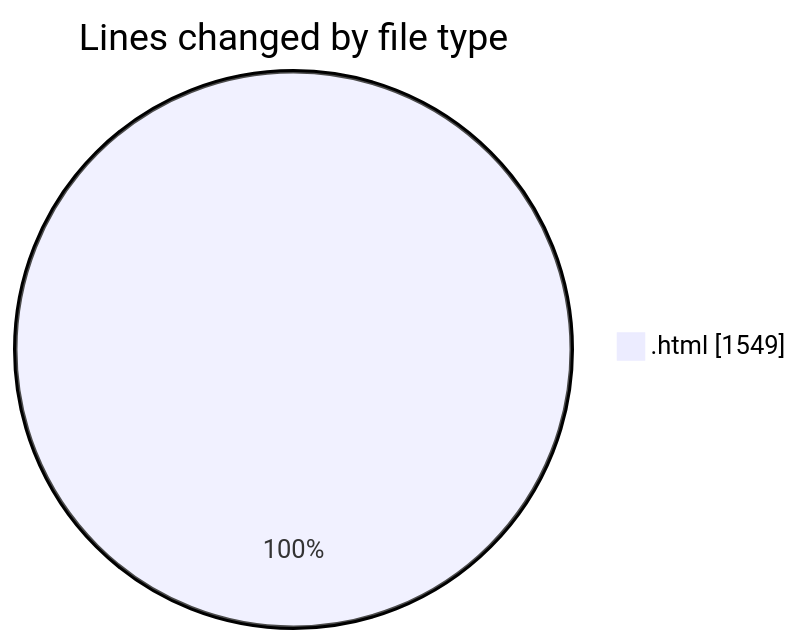
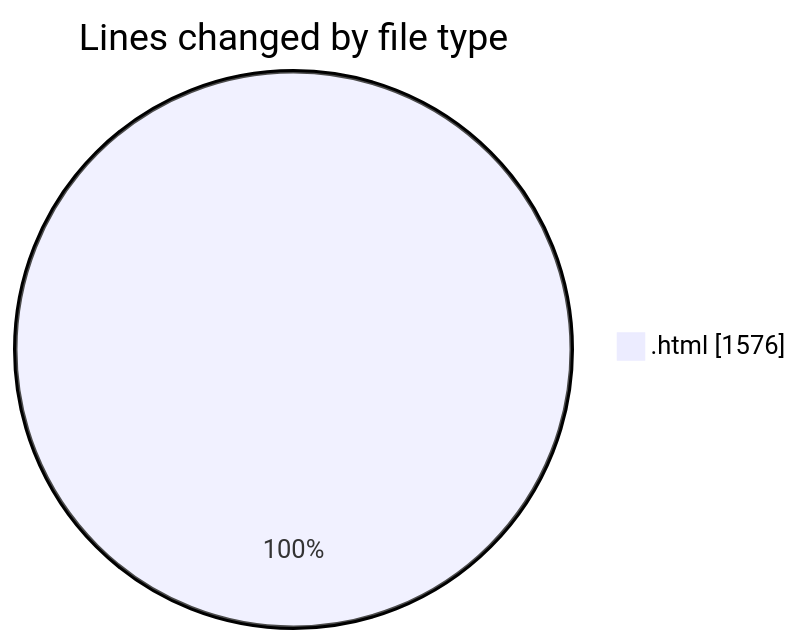
Before and after one commit to Ritupan-Deka/code-tracking: the first of 2 diagrams in 2025-06-17/projects/README.md, drawn with Mermaid. The commit also changed other lines of this file and 1 other file, not shown here.

````diff
--- a/2025-06-17/projects/README.md
+++ b/2025-06-17/projects/README.md
@@ -20,5 +20,5 @@
 ```mermaid
 pie showData
 title Lines changed by file type
-".html" : 1549
+".html" : 1576
 ```
````
